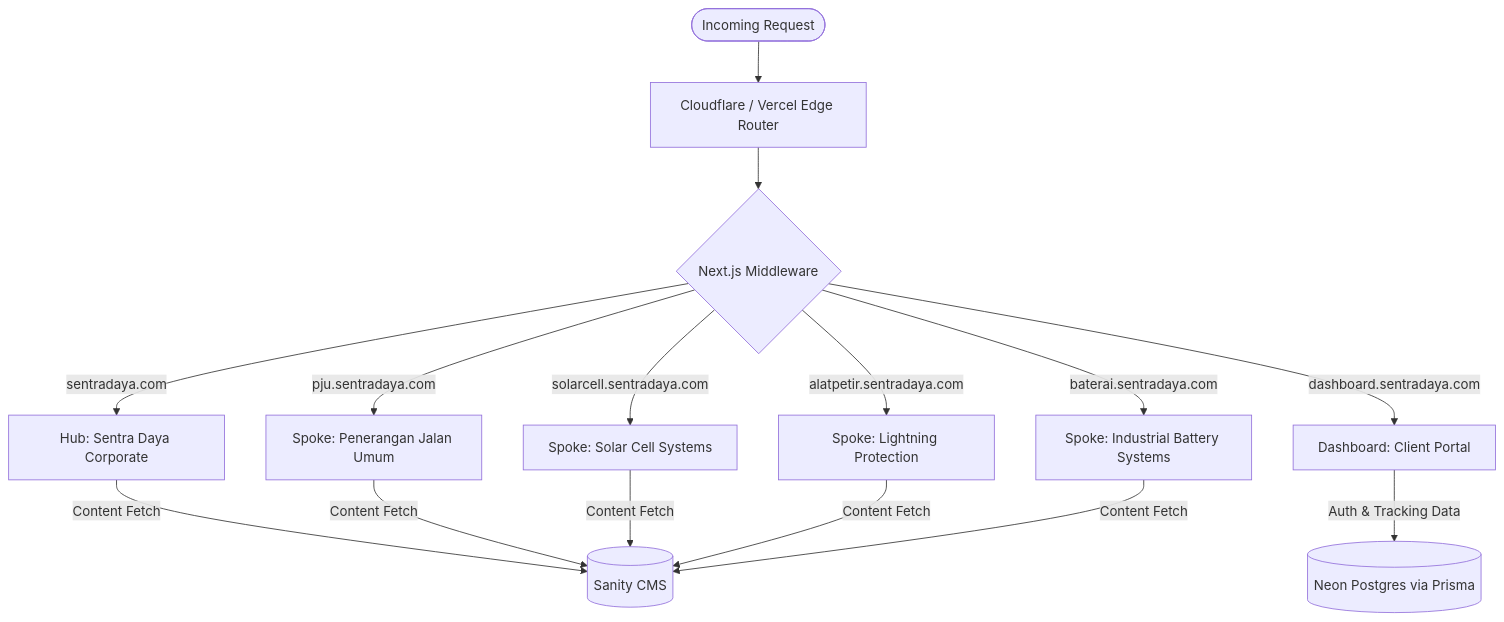
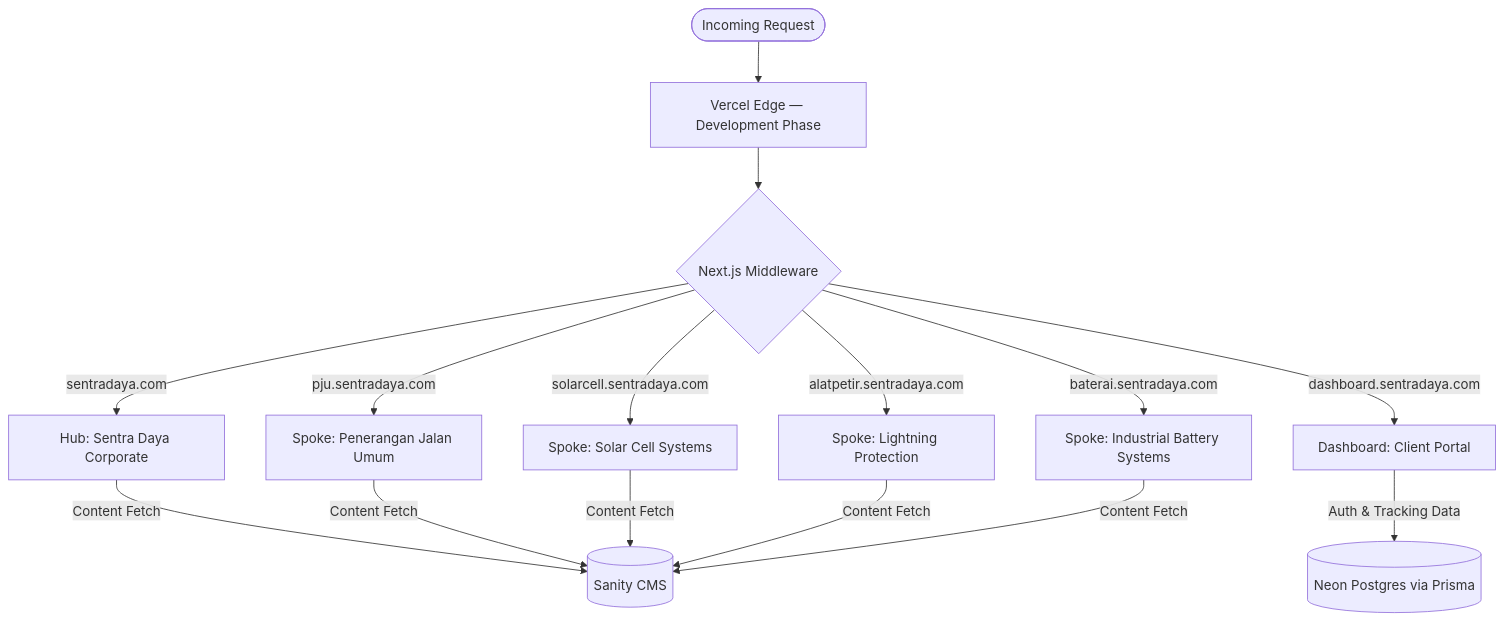
Before and after one commit to pampam666/dbsnweb-vbeta: the diagram in README.md, drawn with Mermaid. The commit also changed other lines of this file and 1291 other files, not shown here.

````diff
--- a/README.md
+++ b/README.md
@@ -16,17 +16,17 @@
 ```mermaid
 graph TD
-    User([Incoming Request]) --> CF[Cloudflare / Vercel Edge Router]
+    User([Incoming Request]) --> CF[Vercel Edge — Development Phase]
     CF --> MW{Next.js Middleware}
     
     %% Hostname Routing
     MW -->|sentradaya.com| Hub[Hub: Sentra Daya Corporate]
     MW -->|pju.sentradaya.com| Spoke1[Spoke: Penerangan Jalan Umum]
     MW -->|solarcell.sentradaya.com| Spoke2[Spoke: Solar Cell Systems]
     MW -->|alatpetir.sentradaya.com| Spoke3[Spoke: Lightning Protection]
     MW -->|baterai.sentradaya.com| Spoke4[Spoke: Industrial Battery Systems]
     MW -->|dashboard.sentradaya.com| Dash[Dashboard: Client Portal]
 
     %% Data Connections
     Hub & Spoke1 & Spoke2 & Spoke3 & Spoke4 -->|Content Fetch| Sanity[(Sanity CMS)]
     Dash -->|Auth & Tracking Data| DB[(Neon Postgres via Prisma)]
 ```
````
